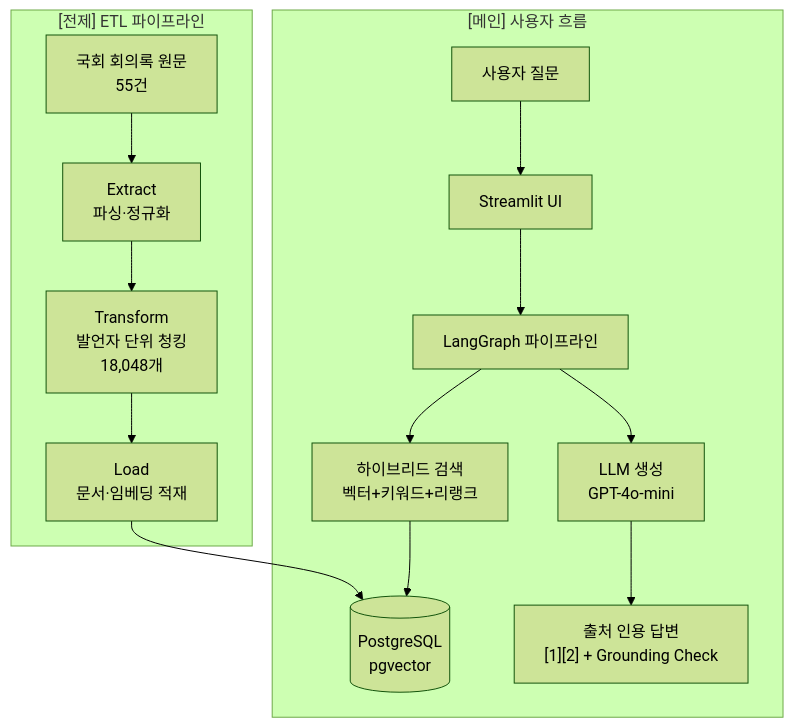
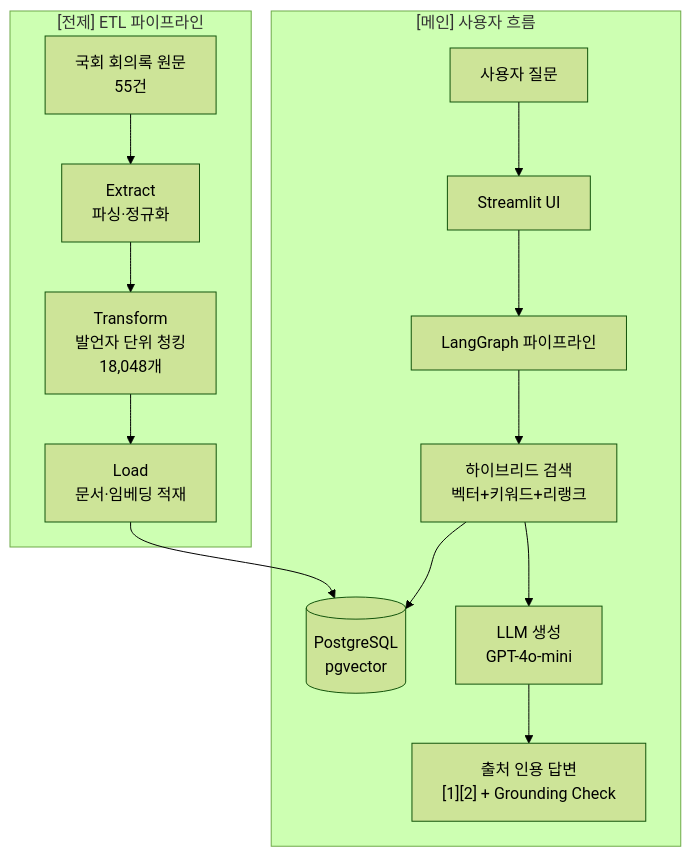
Before and after one commit to callmekjs/National_Assembly_2: the diagram in docs/presentation/day15-package.md, drawn with Mermaid (forest theme).

Commit message:
docs: Mermaid 다이어그램 — 검색→LLM 엣지 수정 (D→F)
하이브리드 검색 결과(D)가 LLM 생성(F)으로 흘러가도록 수정.
이전: C → F (LangGraph가 검색 결과 무시하고 직접 LLM 호출)
수정: D → F (검색 결과를 LLM에 공급)

````diff
--- a/docs/presentation/day15-package.md
+++ b/docs/presentation/day15-package.md
@@ -39,17 +39,17 @@
 ```mermaid
 flowchart TD
     subgraph USER["[메인] 사용자 흐름"]
         A[사용자 질문] --> B[Streamlit UI]
         B --> C[LangGraph 파이프라인]
         C --> D["하이브리드 검색\n벡터+키워드+리랭크"]
         D --> E[(PostgreSQL\npgvector)]
-        C --> F["LLM 생성\nGPT-4o-mini"]
+        D --> F["LLM 생성\nGPT-4o-mini"]
         F --> G["출처 인용 답변\n[1][2] + Grounding Check"]
     end
     subgraph ETL["[전제] ETL 파이프라인"]
         H["국회 회의록 원문\n55건"] --> I["Extract\n파싱·정규화"]
         I --> J["Transform\n발언자 단위 청킹\n18,048개"]
         J --> K["Load\n문서·임베딩 적재"]
         K --> E
     end
 ```
````
